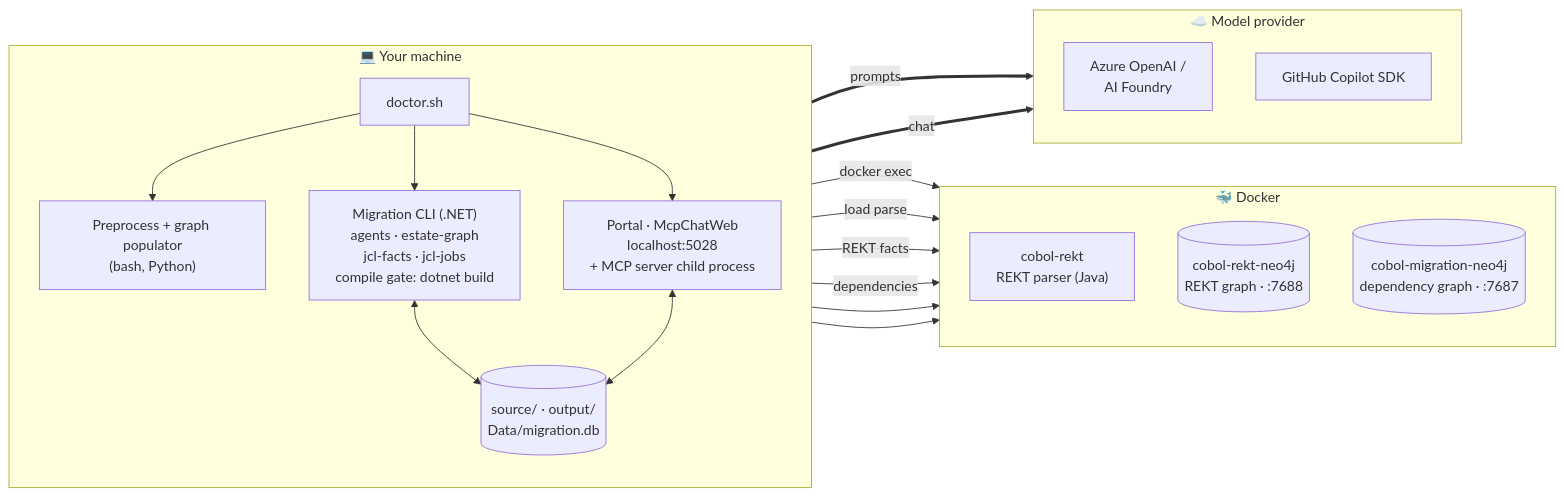
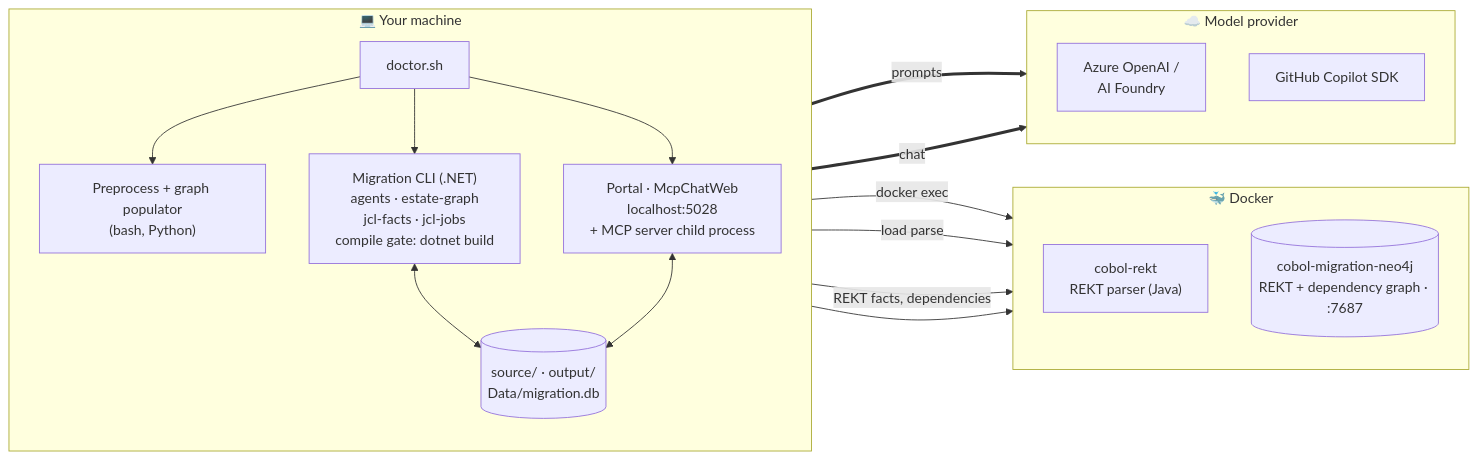
One commit to Azure-Samples/Legacy-Modernization-Agents changed the second of 9 diagrams in README.md. Above: the diagram before and after it, drawn with Mermaid. The commit also changed other lines of this file and 15 other files, not shown here.

First line of the commit message:
Run the migration and REKT graphs in one Neo4j instance

````diff
--- a/README.md
+++ b/README.md
@@ -90,38 +90,35 @@
 ```mermaid
 flowchart LR
     subgraph HOST["💻 Your machine"]
         direction TB
         DOCTOR["doctor.sh"]
         CLI["Migration CLI (.NET)<br/>agents · estate-graph<br/>jcl-facts · jcl-jobs<br/>compile gate: dotnet build"]
         WEB["Portal · McpChatWeb<br/>localhost:5028<br/>+ MCP server child process"]
         PRE["Preprocess + graph populator<br/>(bash, Python)"]
         FILES[("source/ · output/<br/>Data/migration.db")]
         DOCTOR --> PRE
         DOCTOR --> CLI
         DOCTOR --> WEB
     end
 
     subgraph DOCKER["🐳 Docker"]
         direction TB
         REKT["cobol-rekt<br/>REKT parser (Java)"]
-        RNEO[("cobol-rekt-neo4j<br/>REKT graph · :7688")]
-        MNEO[("cobol-migration-neo4j<br/>dependency graph · :7687")]
+        NEO[("cobol-migration-neo4j<br/>REKT + dependency graph · :7687")]
     end
 
     subgraph CLOUD["☁️ Model provider"]
         direction TB
         AOAI["Azure OpenAI /<br/>AI Foundry"]
         GHCP["GitHub Copilot SDK"]
     end
 
     PRE -->|docker exec| REKT
-    PRE -->|load parse| RNEO
+    PRE -->|load parse| NEO
     CLI <--> FILES
-    CLI -->|REKT facts| RNEO
-    CLI -->|dependencies| MNEO
+    CLI -->|REKT facts, dependencies| NEO
     WEB <--> FILES
-    WEB --> RNEO
-    WEB --> MNEO
+    WEB --> NEO
     CLI ==>|prompts| CLOUD
     WEB ==>|chat| CLOUD
 ```
````
